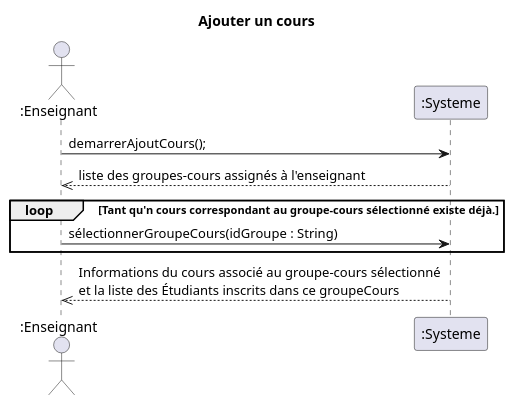
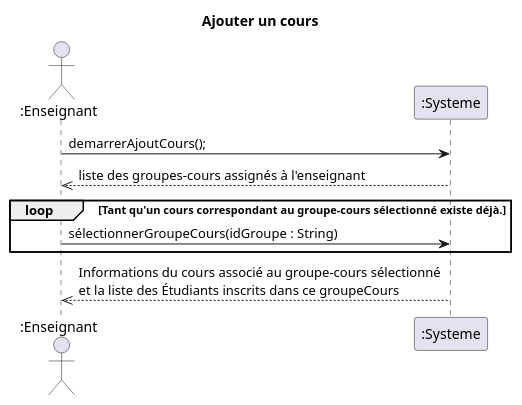
One commit to xMrYahya/moodle-clone changed the diagram in docs/modeles/cu01/dss-ajouter-cours.puml. Above: the diagram before and after it, drawn with PlantUML. The commit also changed 4 other files, not shown here.

Commit message:
fix typo and added class diagramme version 1

```diff
--- a/docs/modeles/cu01/dss-ajouter-cours.puml
+++ b/docs/modeles/cu01/dss-ajouter-cours.puml
@@ -1,14 +1,14 @@
 @startuml
 title Ajouter un cours
 actor ":Enseignant" as e
 participant ":Systeme" as s
 
 e->s : demarrerAjoutCours();
 
 s-->>e : liste des groupes-cours assignés à l'enseignant
-loop Tant qu'n cours correspondant au groupe-cours sélectionné existe déjà.
+loop Tant qu'un cours correspondant au groupe-cours sélectionné existe déjà.
 e->s : sélectionnerGroupeCours(idGroupe : String)
 end loop
 s-->>e : Informations du cours associé au groupe-cours sélectionné \net la liste des Étudiants inscrits dans ce groupeCours
 
 @enduml
```
